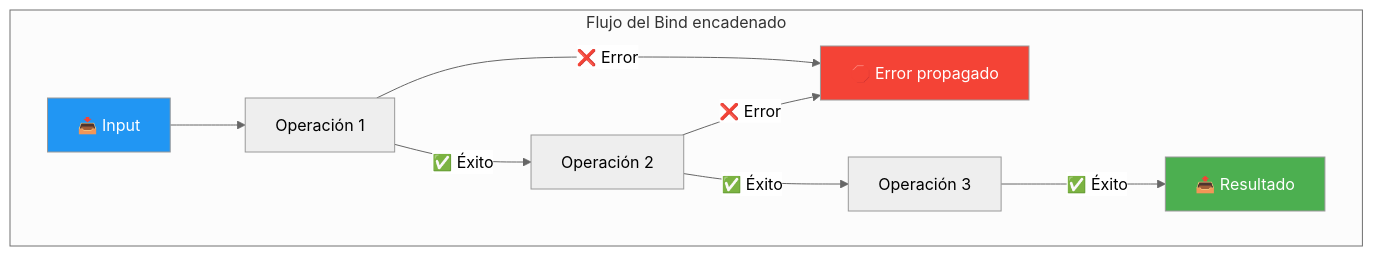
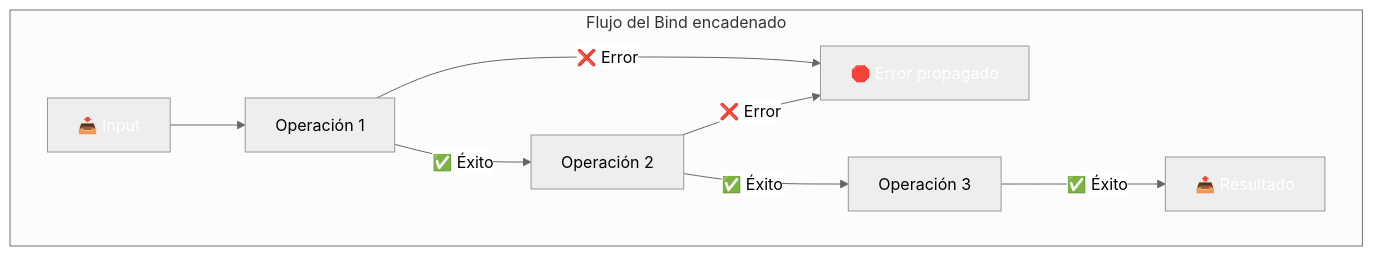
The second of 5 diagrams in 15-rop-result.md (joseluisgs/DesarrolloWebEntornosServidor-01-2026-2027), drawn with Mermaid (neutral theme) before and after one commit. The commit also changed other lines of this file and 66 other files, not shown here.

First line of the commit message:
fix: normalizar titulos al castellano de frase y corregir la paleta de mermaid

````diff
--- a/15-rop-result.md
+++ b/15-rop-result.md
@@ -350,16 +350,16 @@
 ```mermaid
 flowchart LR
     subgraph BIND["Flujo del Bind encadenado"]
         direction LR
         A["📥 Input"] --> B["Operación 1"]
         B -->|"✅ Éxito"| C["Operación 2"]
         B -->|"❌ Error"| E["🛑 Error propagado"]
         C -->|"✅ Éxito"| D["Operación 3"]
         C -->|"❌ Error"| E
         D -->|"✅ Éxito"| F["📤 Resultado"]
     end
 
-    style A fill:#2196F3,color:#fff
-    style F fill:#4CAF50,color:#fff
-    style E fill:#f44336,color:#fff
+    style A fill:#2196F,color:#fff3,color:#fff
+    style F fill:#4CAF5,color:#fff0,color:#fff
+    style E fill:#f4433,color:#fff6,color:#fff
 ```
````
